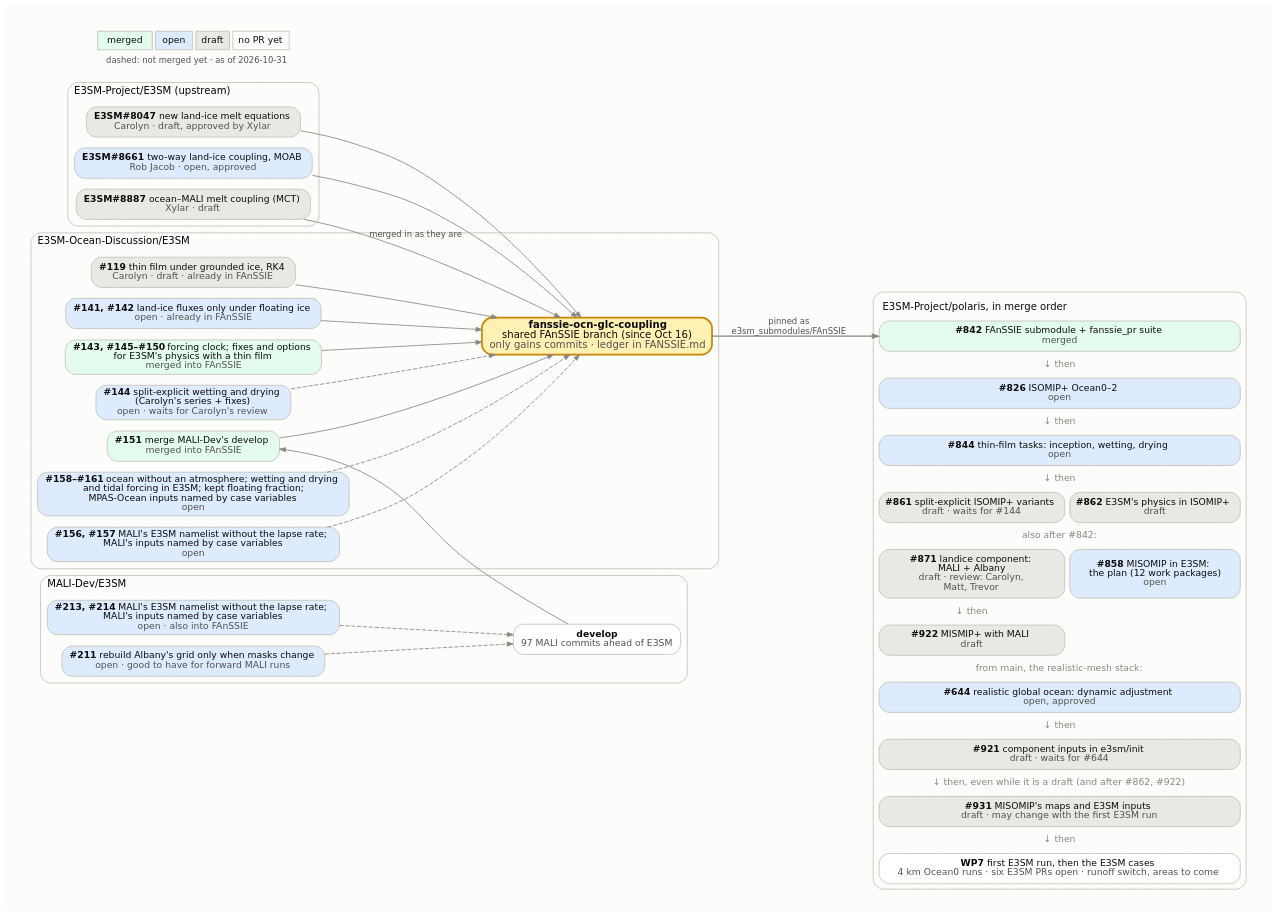
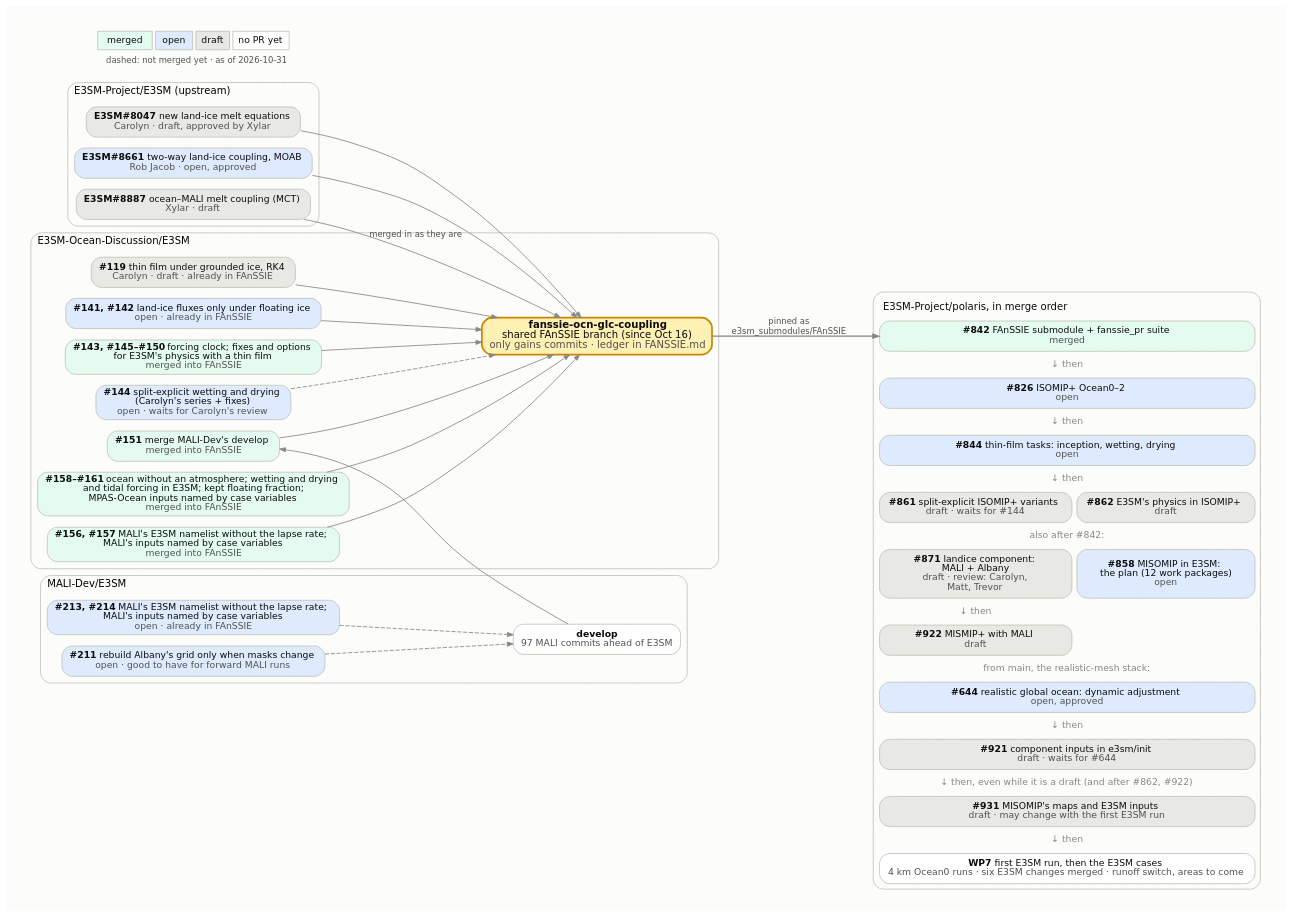
One commit to E3SM-Project/polaris changed the diagram in docs/design_docs/misomip/code_flow.dot. Above: the diagram before and after it, drawn with Graphviz. The commit also changed 3 other files, not shown here.

Commit message:
Show the six E3SM changes for the cases as merged into FAnSSIE in the MISOMIP figures

```diff
--- a/docs/design_docs/misomip/code_flow.dot
+++ b/docs/design_docs/misomip/code_flow.dot
@@ -1,103 +1,103 @@
 // How the upstream E3SM PRs, the E3SM-Ocean-Discussion PRs, the
 // fanssie-ocn-glc-coupling branch and the Polaris PRs fit together.
 //
 // Regenerate with Graphviz 14 (Chrysalis's /usr/bin/dot 2.40 lays it out
 // wider), with the text drawn as paths so it looks the same everywhere:
 //
 //     pixi exec -s graphviz dot -Tsvg:cairo code_flow.dot -o code_flow.svg
 //
 // Fill by state: merged #e3fcef, open #deebff, draft #e8e8e4, no PR yet
 // #ffffff. Dashed edges into the FAnSSIE branch mark PRs not merged into it
 // yet. The Polaris side is one HTML-table node, in merge order, because
 // Graphviz would not keep separate boxes in that order. Update the date in
 // the legend.
 digraph fanssie {
   rankdir=LR;
   bgcolor="#fcfcfb";
   pad=0.3;
   nodesep=0.18;
   ranksep=0.7;
   fontname="DejaVu Sans";
   node [shape=box, style="rounded,filled", fontname="DejaVu Sans",
         fontsize=11, color="#c3c2b7", fontcolor="#0b0b0b", penwidth=1,
         margin="0.12,0.06"];
   edge [color="#898781", arrowsize=0.7, fontname="DejaVu Sans",
         fontsize=10, fontcolor="#52514e"];
 
   subgraph cluster_upstream {
     label="E3SM-Project/E3SM (upstream)";
     labeljust=l; fontsize=12; color="#c3c2b7"; style="rounded";
     e8047 [label=<<b>E3SM#8047</b>  new land-ice melt equations<br/><font color="#52514e">Carolyn · draft, approved by Xylar</font>>, fillcolor="#e8e8e4"];
     e8661 [label=<<b>E3SM#8661</b>  two-way land-ice coupling, MOAB<br/><font color="#52514e">Rob Jacob · open, approved</font>>, fillcolor="#deebff"];
     e8887 [label=<<b>E3SM#8887</b>  ocean–MALI melt coupling (MCT)<br/><font color="#52514e">Xylar · draft</font>>, fillcolor="#e8e8e4"];
   }
 
   subgraph cluster_malidev {
     label="MALI-Dev/E3SM";
     labeljust=l; fontsize=12; color="#c3c2b7"; style="rounded";
     malidev [label=<<b>develop</b><br/><font color="#52514e">97 MALI commits ahead of E3SM</font>>, fillcolor="#ffffff"];
-    m213 [label=<<b>#213, #214</b>  MALI's E3SM namelist without the lapse rate;<br/>MALI's inputs named by case variables<br/><font color="#52514e">open · also into FAnSSIE</font>>, fillcolor="#deebff"];
+    m213 [label=<<b>#213, #214</b>  MALI's E3SM namelist without the lapse rate;<br/>MALI's inputs named by case variables<br/><font color="#52514e">open · already in FAnSSIE</font>>, fillcolor="#deebff"];
     m211 [label=<<b>#211</b>  rebuild Albany's grid only when masks change<br/><font color="#52514e">open · good to have for forward MALI runs</font>>, fillcolor="#deebff"];
   }
 
   subgraph cluster_eod {
     label="E3SM-Ocean-Discussion/E3SM";
     labeljust=l; fontsize=12; color="#c3c2b7"; style="rounded";
     d119 [label=<<b>#119</b>  thin film under grounded ice, RK4<br/><font color="#52514e">Carolyn · draft · already in FAnSSIE</font>>, fillcolor="#e8e8e4"];
     d141 [label=<<b>#141, #142</b>  land-ice fluxes only under floating ice<br/><font color="#52514e">open · already in FAnSSIE</font>>, fillcolor="#deebff"];
     d143 [label=<<b>#143, #145–#150</b>  forcing clock; fixes and options<br/>for E3SM's physics with a thin film<br/><font color="#52514e">merged into FAnSSIE</font>>, fillcolor="#e3fcef"];
     d144 [label=<<b>#144</b>  split-explicit wetting and drying<br/>(Carolyn's series + fixes)<br/><font color="#52514e">open · waits for Carolyn's review</font>>, fillcolor="#deebff"];
     d151 [label=<<b>#151</b>  merge MALI-Dev's develop<br/><font color="#52514e">merged into FAnSSIE</font>>, fillcolor="#e3fcef"];
-    d158 [label=<<b>#158–#161</b>  ocean without an atmosphere; wetting and drying<br/>and tidal forcing in E3SM; kept floating fraction;<br/>MPAS-Ocean inputs named by case variables<br/><font color="#52514e">open</font>>, fillcolor="#deebff"];
-    d156 [label=<<b>#156, #157</b>  MALI's E3SM namelist without the lapse rate;<br/>MALI's inputs named by case variables<br/><font color="#52514e">open</font>>, fillcolor="#deebff"];
+    d158 [label=<<b>#158–#161</b>  ocean without an atmosphere; wetting and drying<br/>and tidal forcing in E3SM; kept floating fraction;<br/>MPAS-Ocean inputs named by case variables<br/><font color="#52514e">merged into FAnSSIE</font>>, fillcolor="#e3fcef"];
+    d156 [label=<<b>#156, #157</b>  MALI's E3SM namelist without the lapse rate;<br/>MALI's inputs named by case variables<br/><font color="#52514e">merged into FAnSSIE</font>>, fillcolor="#e3fcef"];
     fanssie [label=<<b>fanssie-ocn-glc-coupling</b><br/>shared FAnSSIE branch (since Oct 16)<br/><font color="#52514e">only gains commits · ledger in FANSSIE.md</font>>,
              fillcolor="#fff0b3", penwidth=2, color="#c98500", fontsize=12];
   }
 
   polaris [shape=plaintext, style="", label=<
     <table border="1" color="#c3c2b7" style="rounded" cellborder="1" cellspacing="6" cellpadding="4" bgcolor="#fcfcfb">
       <tr><td border="0" colspan="2" align="left"><font point-size="12">E3SM-Project/polaris, in merge order</font></td></tr>
       <tr><td port="p842" bgcolor="#e3fcef" colspan="2" style="rounded" cellpadding="6"><b>#842</b>  FAnSSIE submodule + fanssie_pr suite<br/><font color="#52514e">merged</font></td></tr>
       <tr><td border="0" colspan="2"><font color="#898781">↓ then</font></td></tr>
       <tr><td port="p826" bgcolor="#deebff" colspan="2" style="rounded" cellpadding="6"><b>#826</b>  ISOMIP+ Ocean0–2<br/><font color="#52514e">open</font></td></tr>
       <tr><td border="0" colspan="2"><font color="#898781">↓ then</font></td></tr>
       <tr><td port="p844" bgcolor="#deebff" colspan="2" style="rounded" cellpadding="6"><b>#844</b>  thin-film tasks: inception, wetting, drying<br/><font color="#52514e">open</font></td></tr>
       <tr><td border="0" colspan="2"><font color="#898781">↓ then</font></td></tr>
       <tr><td port="p861" bgcolor="#e8e8e4" colspan="1" style="rounded" cellpadding="6"><b>#861</b>  split-explicit ISOMIP+ variants<br/><font color="#52514e">draft · waits for #144</font></td><td port="p862" bgcolor="#e8e8e4" colspan="1" style="rounded" cellpadding="6"><b>#862</b>  E3SM's physics in ISOMIP+<br/><font color="#52514e">draft</font></td></tr>
       <tr><td border="0" colspan="2"><font color="#898781">also after #842:</font></td></tr>
       <tr><td port="p871" bgcolor="#e8e8e4" colspan="1" style="rounded" cellpadding="6"><b>#871</b>  landice component:<br/>MALI + Albany<br/><font color="#52514e">draft · review: Carolyn,<br/>Matt, Trevor</font></td><td port="p858" bgcolor="#deebff" colspan="1" style="rounded" cellpadding="6"><b>#858</b>  MISOMIP in E3SM:<br/>the plan (12 work packages)<br/><font color="#52514e">open</font></td></tr>
       <tr><td border="0" colspan="1"><font color="#898781">↓ then</font></td><td border="0" colspan="1"></td></tr>
       <tr><td port="p922" bgcolor="#e8e8e4" colspan="1" style="rounded" cellpadding="6"><b>#922</b>  MISMIP+ with MALI<br/><font color="#52514e">draft</font></td><td border="0" colspan="1"></td></tr>
       <tr><td border="0" colspan="2"><font color="#898781">from main, the realistic-mesh stack:</font></td></tr>
       <tr><td port="p644" bgcolor="#deebff" colspan="2" style="rounded" cellpadding="6"><b>#644</b>  realistic global ocean: dynamic adjustment<br/><font color="#52514e">open, approved</font></td></tr>
       <tr><td border="0" colspan="2"><font color="#898781">↓ then</font></td></tr>
       <tr><td port="p921" bgcolor="#e8e8e4" colspan="2" style="rounded" cellpadding="6"><b>#921</b>  component inputs in e3sm/init<br/><font color="#52514e">draft · waits for #644</font></td></tr>
       <tr><td border="0" colspan="2"><font color="#898781">↓ then, even while it is a draft (and after #862, #922)</font></td></tr>
       <tr><td port="pwp56" bgcolor="#e8e8e4" colspan="2" style="rounded" cellpadding="6"><b>#931</b>  MISOMIP's maps and E3SM inputs<br/><font color="#52514e">draft · may change with the first E3SM run</font></td></tr>
       <tr><td border="0" colspan="2"><font color="#898781">↓ then</font></td></tr>
-      <tr><td port="pwp7" bgcolor="#ffffff" colspan="2" style="rounded" cellpadding="6"><b>WP7</b>  first E3SM run, then the E3SM cases<br/><font color="#52514e">4 km Ocean0 runs · six E3SM PRs open · runoff switch, areas to come</font></td></tr>
+      <tr><td port="pwp7" bgcolor="#ffffff" colspan="2" style="rounded" cellpadding="6"><b>WP7</b>  first E3SM run, then the E3SM cases<br/><font color="#52514e">4 km Ocean0 runs · six E3SM changes merged · runoff switch, areas to come</font></td></tr>
     </table>>];
 
   e8047 -> fanssie;
   e8661 -> fanssie;
   e8887 -> fanssie [label="merged in as they are"];
   d119 -> fanssie;
   d141 -> fanssie;
   d143 -> fanssie;
   d144 -> fanssie [style=dashed];
   m211 -> malidev [style=dashed];
   m213 -> malidev [style=dashed];
-  d156 -> fanssie [style=dashed];
-  d158 -> fanssie [style=dashed];
+  d156 -> fanssie;
+  d158 -> fanssie;
   malidev -> d151 [constraint=false];
   d151 -> fanssie;
 
   fanssie -> polaris:p842 [label="pinned as
 e3sm_submodules/FAnSSIE", penwidth=1.5];
 
   legend [shape=plaintext, style="", label=<
     <table border="0" cellborder="1" cellspacing="4" cellpadding="4" color="#c3c2b7">
       <tr><td bgcolor="#e3fcef">merged</td><td bgcolor="#deebff">open</td><td bgcolor="#e8e8e4">draft</td><td bgcolor="#ffffff">no PR yet</td></tr>
       <tr><td colspan="4" border="0"><font point-size="10" color="#52514e">dashed: not merged yet · as of 2026-10-31</font></td></tr>
     </table>>];
 }
```
